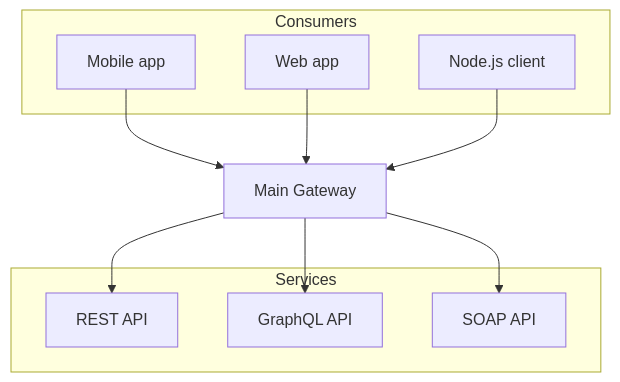
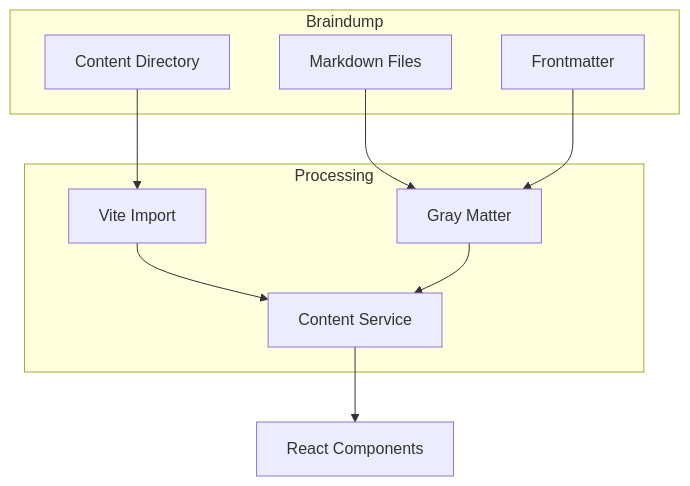
One commit to Lilianada/Braindump changed the diagram in src/pages_files/docs.md. Above: the diagram before and after it, drawn with Mermaid. The commit also changed other lines of this file and 25 other files, not shown here.

````diff
--- a/src/pages_files/docs.md
+++ b/src/pages_files/docs.md
@@ -47,20 +101,19 @@
 ```mermaid
 graph TD;
-  subgraph Consumers
-    A[Mobile app];
-    B[Web app];
-    C[Node.js client];
+  subgraph Braindump
+    A[Content Directory];
+    B[Markdown Files];
+    C[Frontmatter];
   end
-  subgraph Services
-    E[REST API];
-    F[GraphQL API];
-    G[SOAP API];
+  subgraph Processing
+    D[Vite Import];
+    E[Gray Matter];
+    F[Content Service];
   end
-  Z[Main Gateway];
-  A --> Z;
-  B --> Z;
-  C --> Z;
-  Z --> E;
-  Z --> F;
-  Z --> G;
+  A --> D;
+  B --> E;
+  C --> E;
+  D --> F;
+  E --> F;
+  F --> G[React Components];
 ```
````
